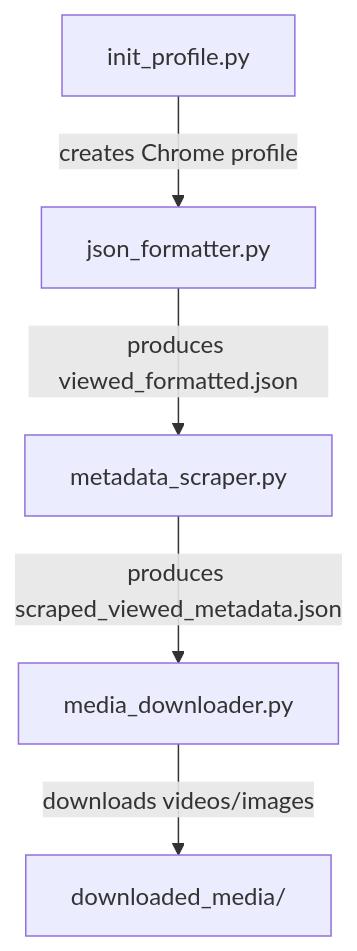
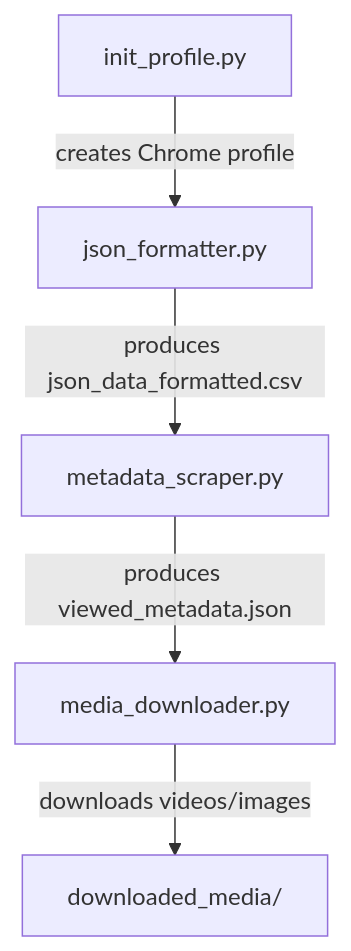
Before and after one commit to Kgpianghosh006/Metadata_Extraction: the diagram in Facebook/README.md, drawn with Mermaid. The commit also changed other lines of this file, not shown here.

First line of the commit message:
Revise README for updated JSON and CSV outputs

````diff
--- a/Facebook/README.md
+++ b/Facebook/README.md
@@ -33,7 +33,7 @@
 ```mermaid
 flowchart TD
     A[init_profile.py] -->|creates Chrome profile| B[json_formatter.py]
-    B -->|produces viewed_formatted.json| C[metadata_scraper.py]
-    C -->|produces scraped_viewed_metadata.json| D[media_downloader.py]
+    B -->|produces json_data_formatted.csv| C[metadata_scraper.py]
+    C -->|produces viewed_metadata.json| D[media_downloader.py]
     D -->|downloads videos/images| E[downloaded_media/]
 ```
````
